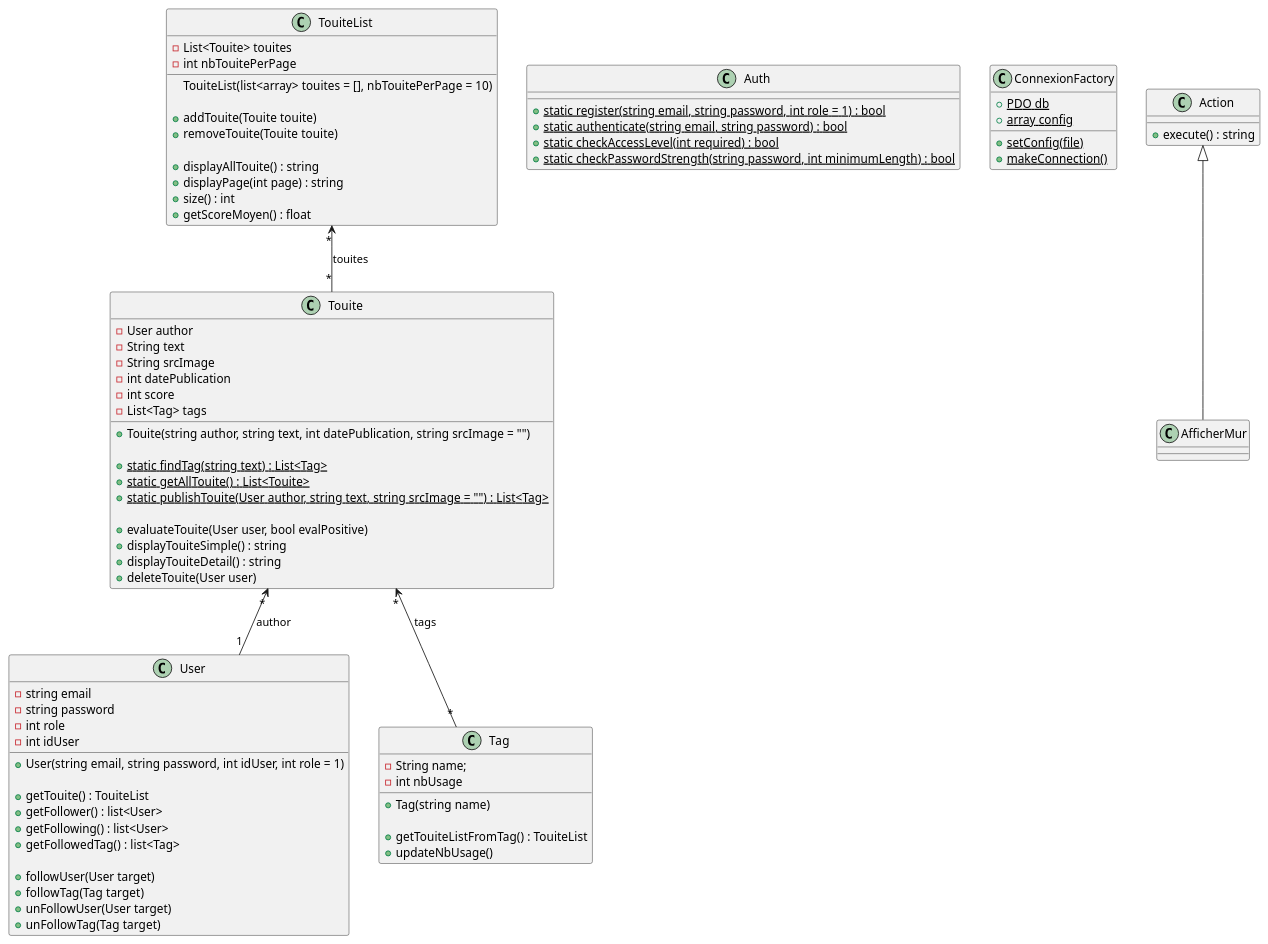
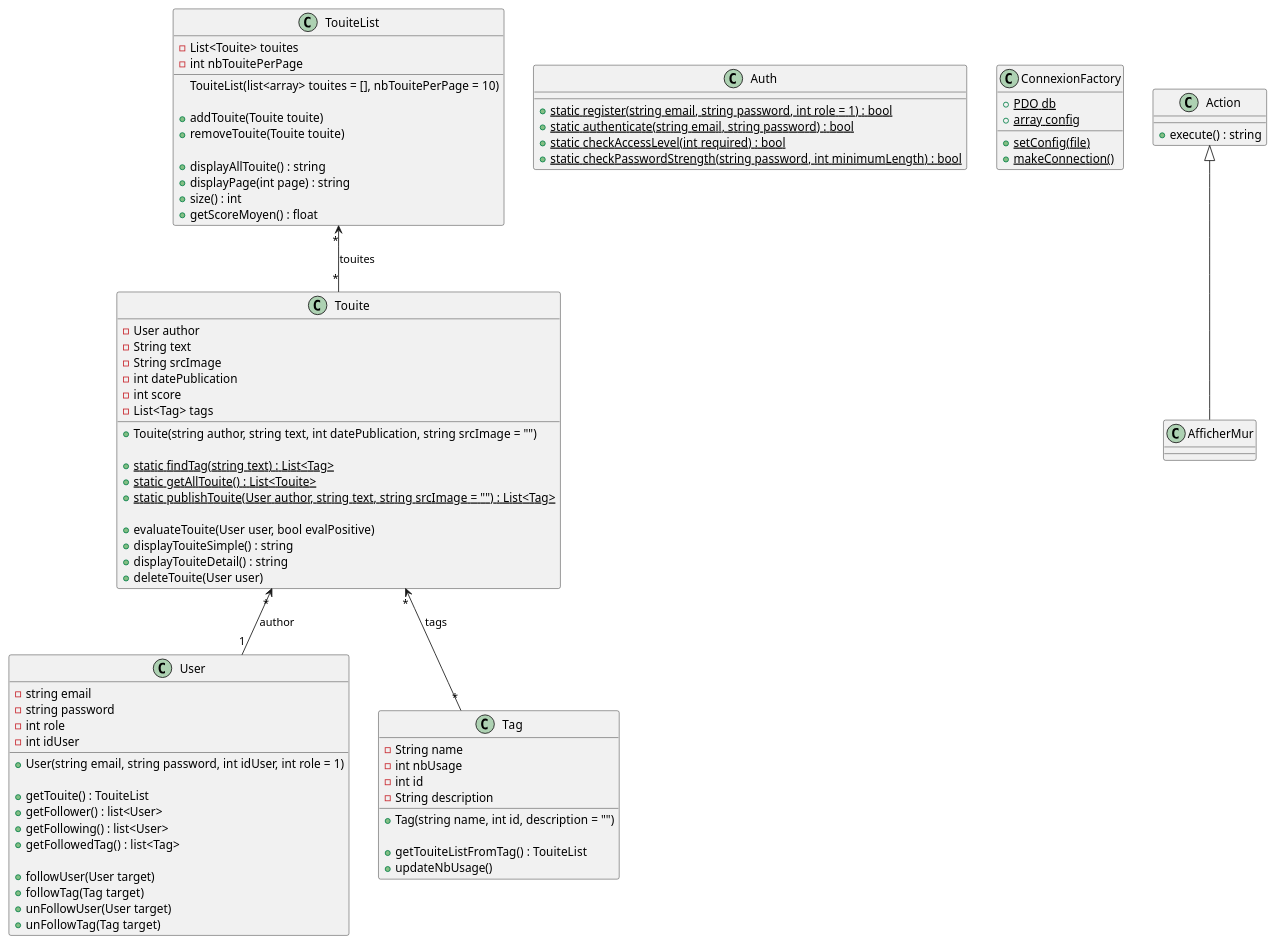
Before and after one commit to Fiera42/Touiteur: the diagram in src/ressource/Class_diagram.puml, drawn with PlantUML. The commit also changed 5 other files, not shown here.

Commit message:
update class diagram

```diff
--- a/src/ressource/Class_diagram.puml
+++ b/src/ressource/Class_diagram.puml
@@ -1,95 +1,97 @@
 @startuml
 
 class User {
   -string email
   -string password
   -int role
   -int idUser
   
   +User(string email, string password, int idUser, int role = 1)
   
   +getTouite() : TouiteList
   +getFollower() : list<User>
   +getFollowing() : list<User>
   +getFollowedTag() : list<Tag>
   
   +followUser(User target)
   +followTag(Tag target)
   +unFollowUser(User target)
   +unFollowTag(Tag target)
 }
 
 class Touite {
   -User author
   -String text
   -String srcImage
   -int datePublication
   -int score
   -List<Tag> tags
   
   +Touite(string author, string text, int datePublication, string srcImage = "")
   
   +{static}static findTag(string text) : List<Tag>
   +{static}static getAllTouite() : List<Touite>
   +{static}static publishTouite(User author, string text, string srcImage = "") : List<Tag>
   
   +evaluateTouite(User user, bool evalPositive)
   +displayTouiteSimple() : string
   +displayTouiteDetail() : string
   +deleteTouite(User user)
 }
 
 Touite "*" <-- "1" User : author
 Touite "*" <-- "*" Tag : tags
 
 class Tag {
-  -String name;
+  -String name
   -int nbUsage
+  -int id
+  -String description
   
-  +Tag(string name)
+  +Tag(string name, int id, description = "")
   
   +getTouiteListFromTag() : TouiteList
   +updateNbUsage()
 }
 
 class TouiteList {
   -List<Touite> touites
   -int nbTouitePerPage
   
   TouiteList(list<array> touites = [], nbTouitePerPage = 10)
   
   +addTouite(Touite touite)
   +removeTouite(Touite touite)
   
   +displayAllTouite() : string
   +displayPage(int page) : string
   +size() : int
   +getScoreMoyen() : float
 }
 
 TouiteList "*" <-- "*" Touite : touites
 
 class Auth {
   +{static}static register(string email, string password, int role = 1) : bool
   +{static}static authenticate(string email, string password) : bool
   +{static}static checkAccessLevel(int required) : bool
   +{static}static checkPasswordStrength(string password, int minimumLength) : bool
 }
 
 class ConnexionFactory {
   +{static} PDO db
   +{static} array config
   
   +{static} setConfig(file)
   +{static} makeConnection()
 }
 
 class Action {
   +execute() : string
 }
 
 class AfficherMur extends Action{
 
 }
 
 @enduml
```
